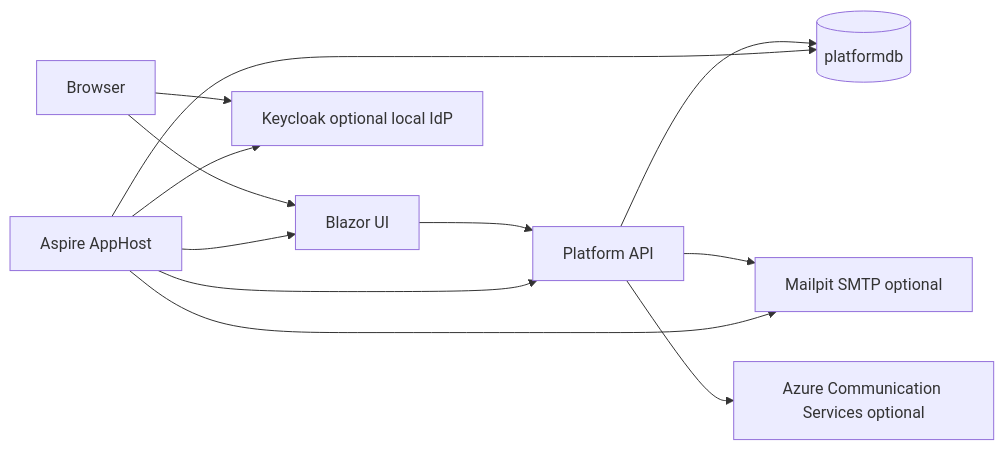
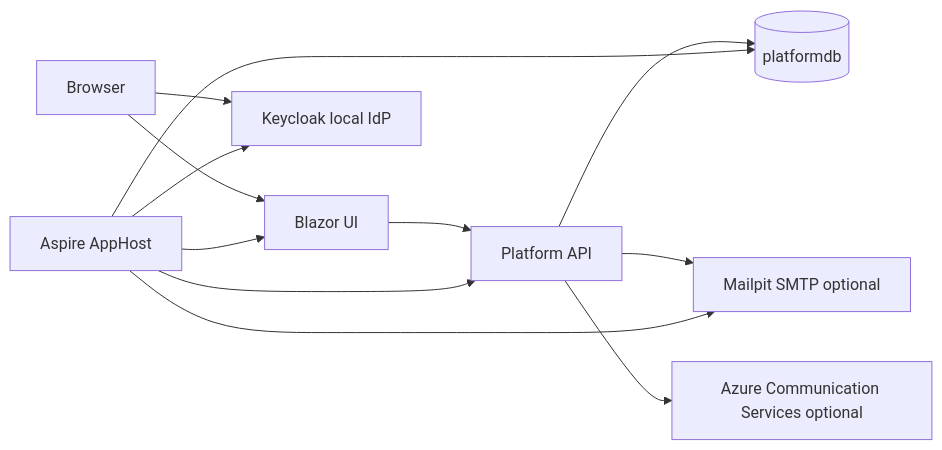
One commit to MartynFewtrell/TNC.Trading.Platform changed the second of 4 diagrams in docs/wiki/architecture.md. Above: the diagram before and after it, drawn with Mermaid. The commit also changed other lines of this file and 30 other files, not shown here.

First line of the commit message:
Refactor auth: unify Docker+Keycloak local runtime

````diff
--- a/docs/wiki/architecture.md
+++ b/docs/wiki/architecture.md
@@ -61,14 +54,14 @@
 ```mermaid
 flowchart LR
     Operator[Browser] --> Web[Blazor UI]
-    Operator --> Keycloak[Keycloak optional local IdP]
+    Operator --> Keycloak[Keycloak local IdP]
     Web --> Api[Platform API]
     Api --> Sql[(platformdb)]
     Api --> Mailpit[Mailpit SMTP optional]
     Api --> Acs[Azure Communication Services optional]
     AppHost[Aspire AppHost] --> Web
     AppHost --> Api
     AppHost --> Sql
     AppHost --> Mailpit
     AppHost --> Keycloak
 ```
````
